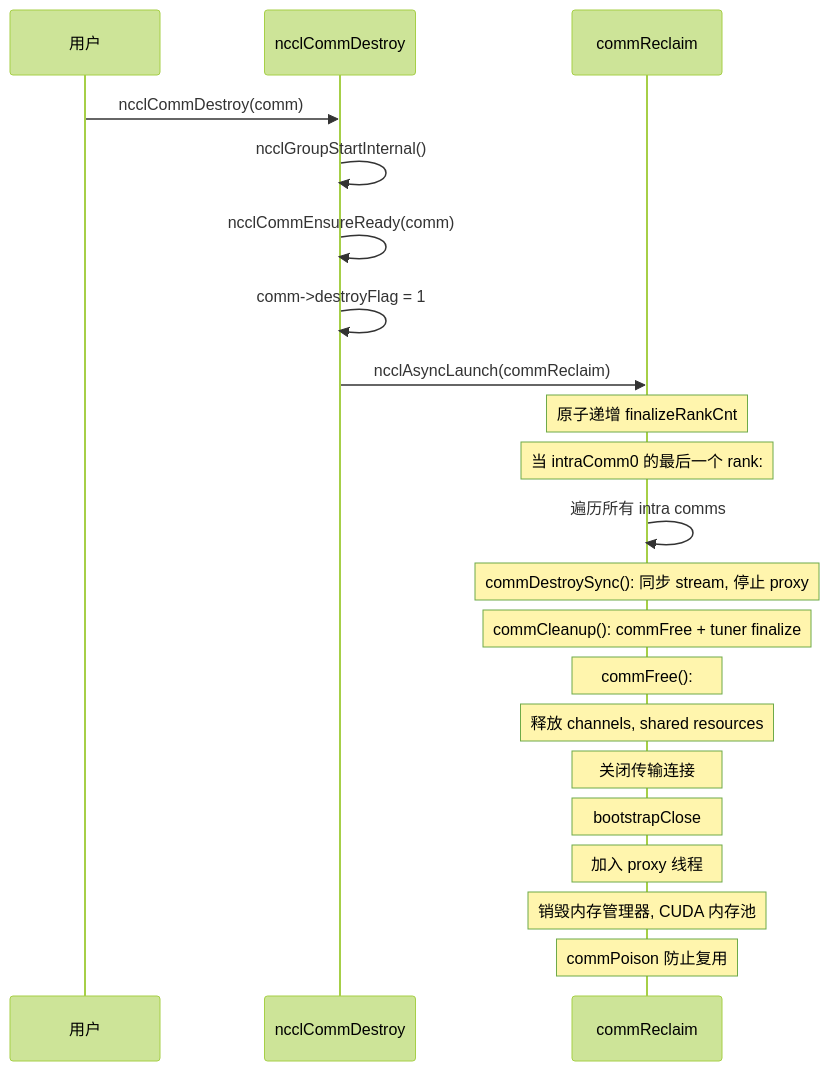
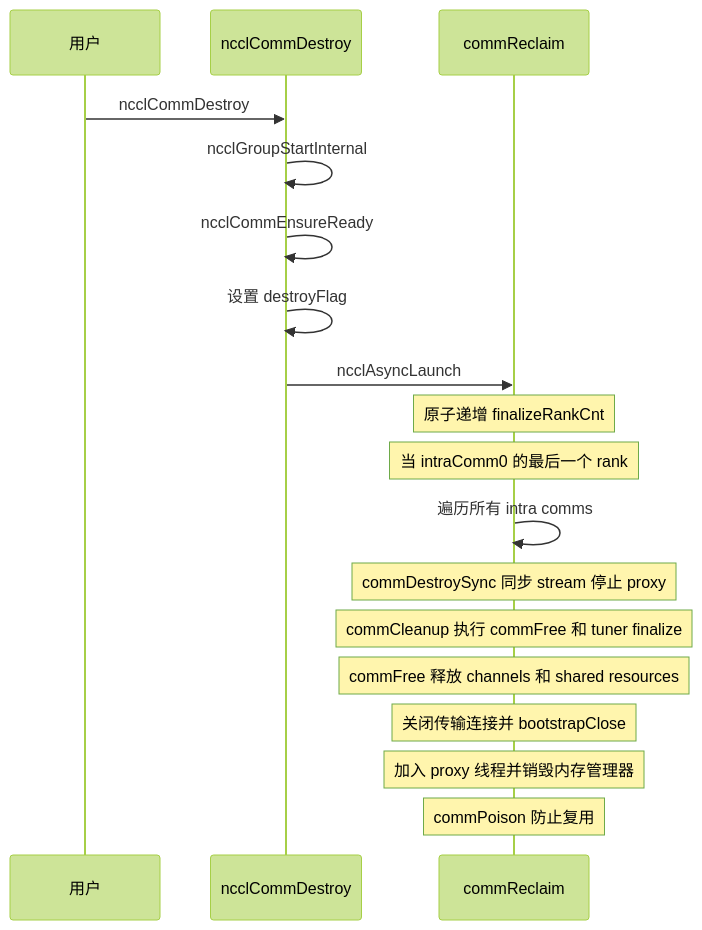
One commit to carlvinhust2012/MyStudy changed the tenth of 10 diagrams in AI Infra相关/nccl/nccl通信流程分析.md. Above: the diagram before and after it, drawn with Mermaid (forest theme). The commit also changed other lines of this file, not shown here.

Commit message:
update the nccl file

````diff
--- a/AI Infra相关/nccl/nccl通信流程分析.md
+++ b/AI Infra相关/nccl/nccl通信流程分析.md
@@ -520,25 +510,22 @@
 ```mermaid
 sequenceDiagram
     participant U as 用户
     participant D as ncclCommDestroy
     participant R as commReclaim
 
-    U->>D: ncclCommDestroy(comm)
-    D->>D: ncclGroupStartInternal()
-    D->>D: ncclCommEnsureReady(comm)
-    D->>D: comm->destroyFlag = 1
-    D->>R: ncclAsyncLaunch(commReclaim)
+    U->>D: ncclCommDestroy
+    D->>D: ncclGroupStartInternal
+    D->>D: ncclCommEnsureReady
+    D->>D: 设置 destroyFlag
+    D->>R: ncclAsyncLaunch
 
     Note over R: 原子递增 finalizeRankCnt
-    Note over R: 当 intraComm0 的最后一个 rank:
+    Note over R: 当 intraComm0 的最后一个 rank
     R->>R: 遍历所有 intra comms
-    Note over R: commDestroySync(): 同步 stream, 停止 proxy
-    Note over R: commCleanup(): commFree + tuner finalize
-    Note over R: commFree():
-    Note over R:   释放 channels, shared resources
-    Note over R:   关闭传输连接
-    Note over R:   bootstrapClose
-    Note over R:   加入 proxy 线程
-    Note over R:   销毁内存管理器, CUDA 内存池
-    Note over R:   commPoison 防止复用
+    Note over R: commDestroySync 同步 stream 停止 proxy
+    Note over R: commCleanup 执行 commFree 和 tuner finalize
+    Note over R: commFree 释放 channels 和 shared resources
+    Note over R: 关闭传输连接并 bootstrapClose
+    Note over R: 加入 proxy 线程并销毁内存管理器
+    Note over R: commPoison 防止复用
 ```
````
